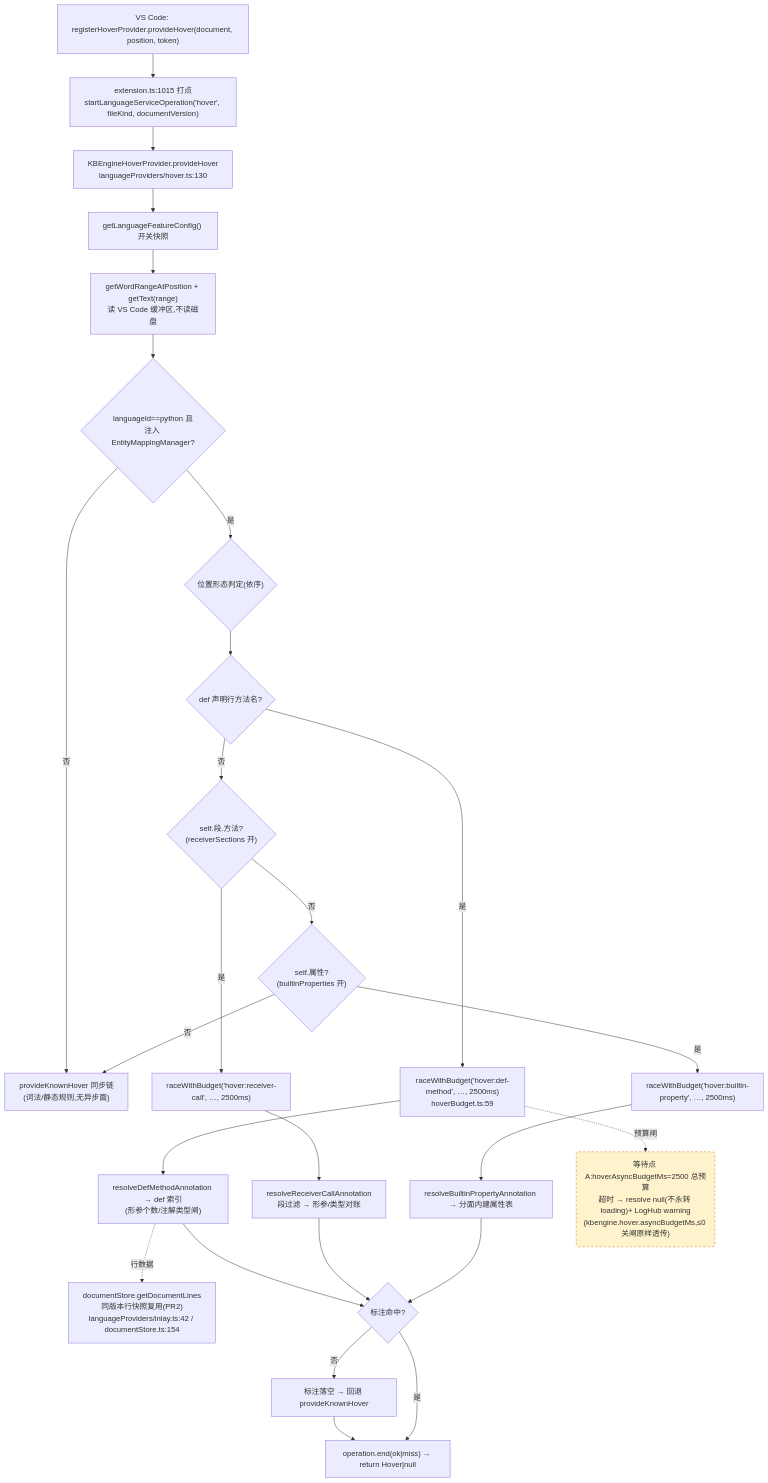
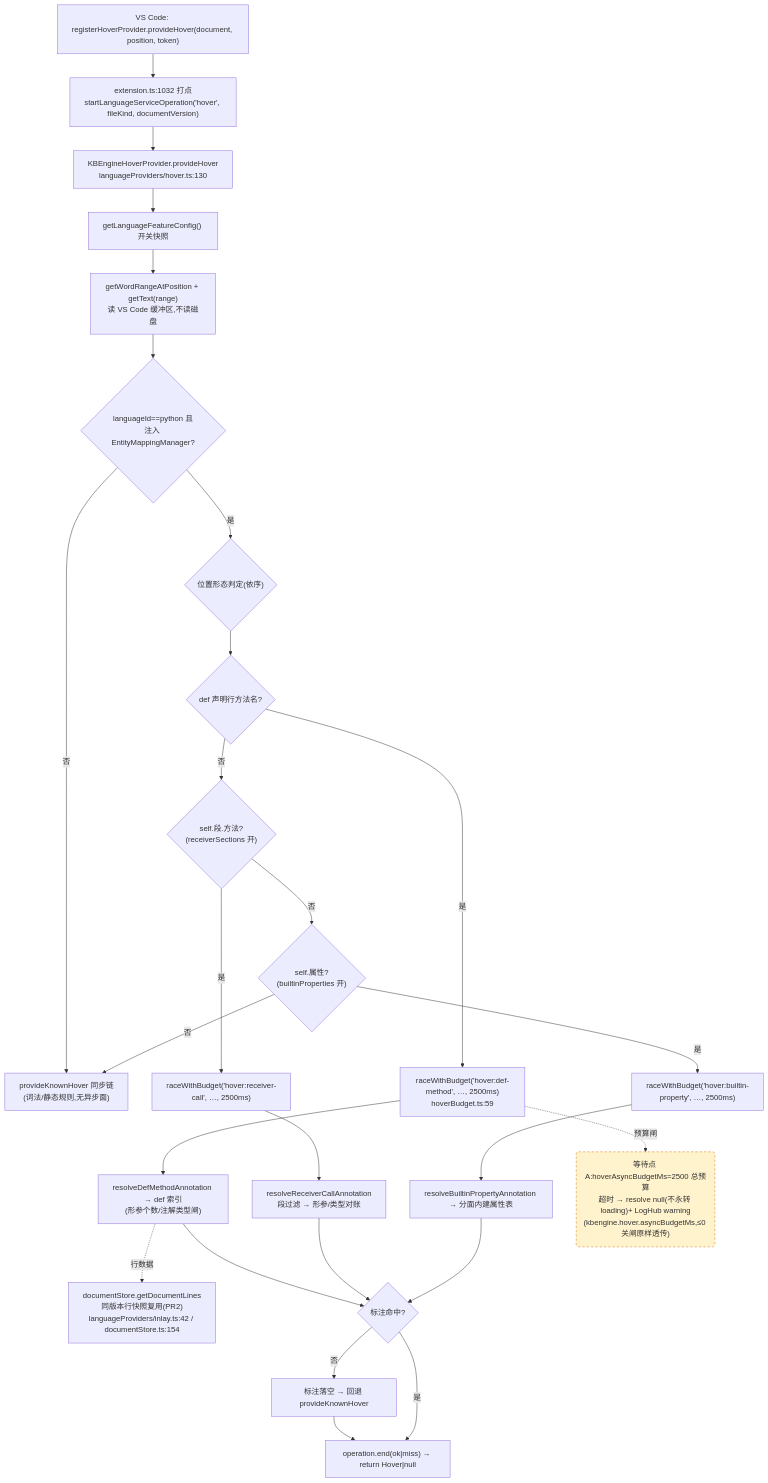
The first of 4 diagrams in docs/perf/2026-baseline.md (cuihairu/kode), drawn with Mermaid before and after one commit. The commit also changed other lines of this file and 13 other files, not shown here.

````diff
--- a/docs/perf/2026-baseline.md
+++ b/docs/perf/2026-baseline.md
@@ -82,45 +82,45 @@
 ```mermaid
 flowchart TD
   VC1["VS Code: registerHoverProvider.provideHover(document, position, token)"]
-  M1["extension.ts:1015 打点<br/>startLanguageServiceOperation('hover', fileKind, documentVersion)"]
+  M1["extension.ts:1032 打点<br/>startLanguageServiceOperation('hover', fileKind, documentVersion)"]
   HP["KBEngineHoverProvider.provideHover<br/>languageProviders/hover.ts:130"]
   CFG["getLanguageFeatureConfig() 开关快照"]
   WORD["getWordRangeAtPosition + getText(range)<br/>读 VS Code 缓冲区,不读磁盘"]
   BR{"languageId==python 且<br/>注入 EntityMappingManager?"}
   KN["provideKnownHover 同步链<br/>(词法/静态规则,无异步面)"]
   POS{"位置形态判定(依序)"}
   D1{"def 声明行方法名?"}
   D2{"self.段.方法?<br/>(receiverSections 开)"}
   D3{"self.属性?<br/>(builtinProperties 开)"}
   RA1["raceWithBudget('hover:def-method', …, 2500ms)<br/>hoverBudget.ts:59"]
   RA2["raceWithBudget('hover:receiver-call', …, 2500ms)"]
   RA3["raceWithBudget('hover:builtin-property', …, 2500ms)"]
   RS1["resolveDefMethodAnnotation → def 索引<br/>(形参个数/注解类型闸)"]
   RS2["resolveReceiverCallAnnotation<br/>段过滤 → 形参/类型对账"]
   RS3["resolveBuiltinPropertyAnnotation → 分面内建属性表"]
   LINES["documentStore.getDocumentLines<br/>同版本行快照复用(PR2)<br/>languageProviders/inlay.ts:42 / documentStore.ts:154"]
   MISS["标注落空 → 回退 provideKnownHover"]
   END1["operation.end(ok|miss) → return Hover|null"]
 
   VC1 --> M1 --> HP --> CFG --> WORD --> BR
   BR -- "否" --> KN
   BR -- "是" --> POS --> D1
   D1 -- "是" --> RA1 --> RS1
   D1 -- "否" --> D2
   D2 -- "是" --> RA2 --> RS2
   D2 -- "否" --> D3
   D3 -- "是" --> RA3 --> RS3
   D3 -- "否" --> KN
   RS1 --> HIT{"标注命中?"}
   RS2 --> HIT
   RS3 --> HIT
   RS1 -.->|行数据| LINES
   HIT -- "否" --> MISS --> END1
   HIT -- "是" --> END1
 
   WAITA("等待点 A:hoverAsyncBudgetMs=2500 总预算<br/>超时 → resolve null(不永转 loading)+ LogHub warning<br/>(kbengine.hover.asyncBudgetMs,≤0 关闸原样透传)")
   RA1 -.->|预算闸| WAITA
 
   classDef waitPoint fill:#fff3cd,stroke:#d97706,stroke-dasharray:5 4;
   class WAITA waitPoint;
 ```
````
